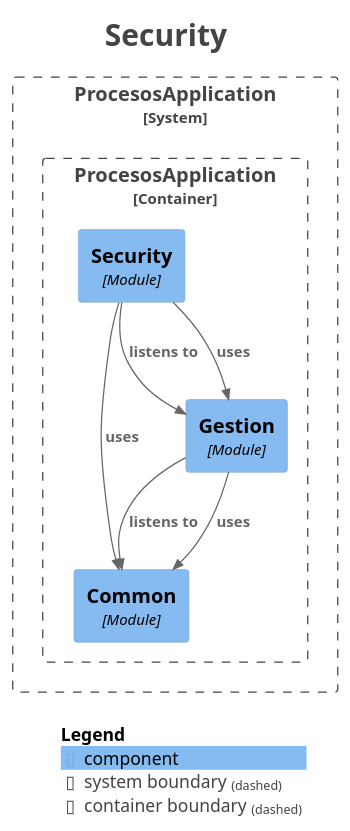
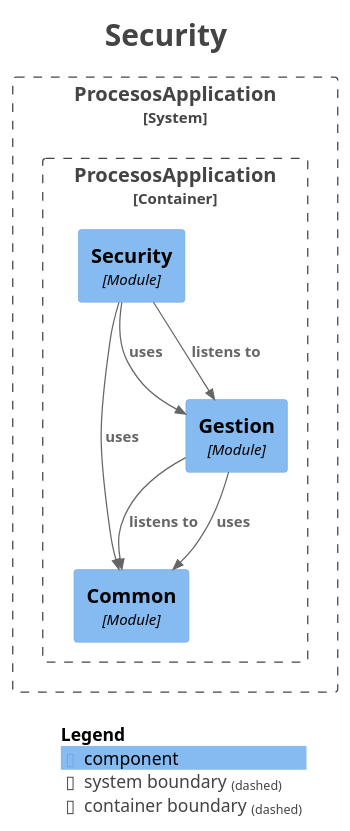
One commit to AndresContreras1/bpmn-process-manager-api changed the diagram in docs/modules/module-security.puml. Above: the diagram before and after it, drawn with PlantUML. The commit also changed other lines of this file and 41 other files, not shown here.

```diff
--- a/docs/modules/module-security.puml
+++ b/docs/modules/module-security.puml
@@ -1,35 +1,35 @@
 @startuml
 title <size:24>Security</size>
 
 set separator none
 top to bottom direction
 
 <style>
   root {
     BackgroundColor: #ffffff
     FontColor: #444444
   }
 </style>
 
 !include <C4/C4>
 !include <C4/C4_Context>
 !include <C4/C4_Component>
 
 System_Boundary("ProcesosApplication_boundary", "ProcesosApplication", $tags="") {
   Container_Boundary("ProcesosApplication.ProcesosApplication_boundary", "ProcesosApplication", $tags="") {
     Component(ProcesosApplication.ProcesosApplication.Common, "Common", $techn="Module", $descr="", $tags="", $link="")
     Component(ProcesosApplication.ProcesosApplication.Gestion, "Gestion", $techn="Module", $descr="", $tags="", $link="")
     Component(ProcesosApplication.ProcesosApplication.Security, "Security", $techn="Module", $descr="", $tags="", $link="")
   }
 
 }
 
+Rel(ProcesosApplication.ProcesosApplication.Security, ProcesosApplication.ProcesosApplication.Gestion, "uses", $techn="", $tags="", $link="")
+Rel(ProcesosApplication.ProcesosApplication.Security, ProcesosApplication.ProcesosApplication.Common, "uses", $techn="", $tags="", $link="")
 Rel(ProcesosApplication.ProcesosApplication.Gestion, ProcesosApplication.ProcesosApplication.Common, "listens to", $techn="", $tags="", $link="")
 Rel(ProcesosApplication.ProcesosApplication.Gestion, ProcesosApplication.ProcesosApplication.Common, "uses", $techn="", $tags="", $link="")
 Rel(ProcesosApplication.ProcesosApplication.Security, ProcesosApplication.ProcesosApplication.Gestion, "listens to", $techn="", $tags="", $link="")
-Rel(ProcesosApplication.ProcesosApplication.Security, ProcesosApplication.ProcesosApplication.Gestion, "uses", $techn="", $tags="", $link="")
-Rel(ProcesosApplication.ProcesosApplication.Security, ProcesosApplication.ProcesosApplication.Common, "uses", $techn="", $tags="", $link="")
 
 SHOW_LEGEND(true)
 hide stereotypes
 @enduml
```
